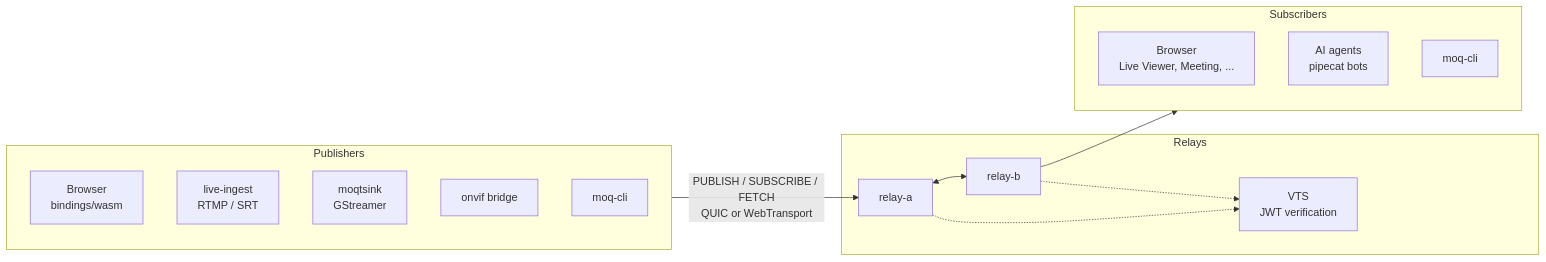
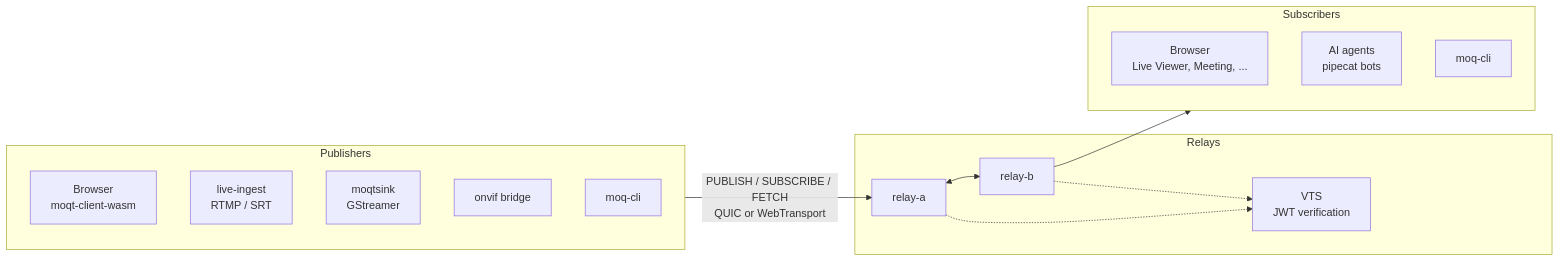
Before and after one commit to nttcom/moq-wasm: the diagram in README.md, drawn with Mermaid. The commit also changed other lines of this file and 430 other files, not shown here.

````diff
--- a/README.md
+++ b/README.md
@@ -83,23 +83,23 @@
 ```mermaid
 flowchart LR
     subgraph Publishers
-        B1[Browser<br/>bindings/wasm]
+        B1[Browser<br/>moqt-client-wasm]
         LI[live-ingest<br/>RTMP / SRT]
         GS[moqtsink<br/>GStreamer]
         ON[onvif bridge]
         CLI[moq-cli]
     end
     subgraph Relays
         RA[relay-a] <--> RB[relay-b]
         VTS[VTS<br/>JWT verification]
         RA -.-> VTS
         RB -.-> VTS
     end
     subgraph Subscribers
         B2[Browser<br/>Live Viewer, Meeting, ...]
         BOT[AI agents<br/>pipecat bots]
         CLI2[moq-cli]
     end
     Publishers -- PUBLISH / SUBSCRIBE / FETCH<br/>QUIC or WebTransport --> RA
     RB --> Subscribers
 ```
````
